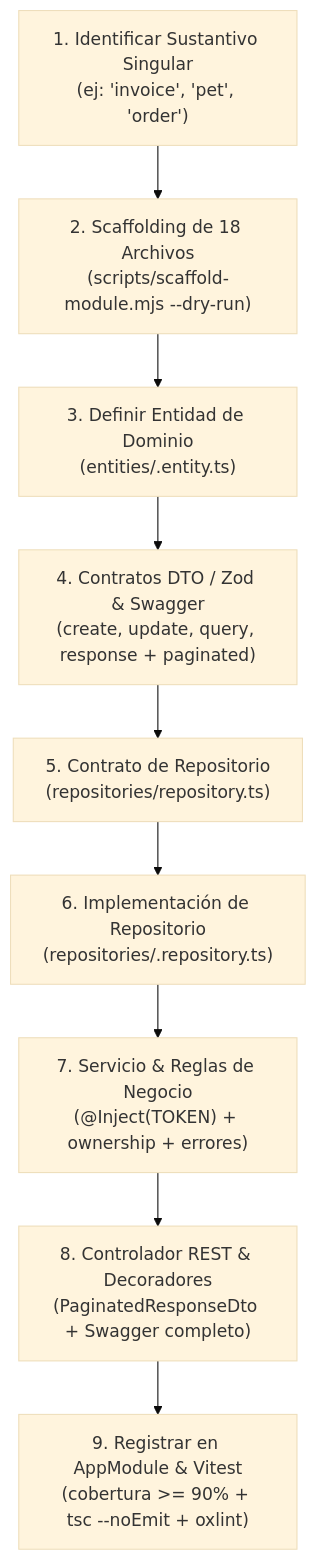
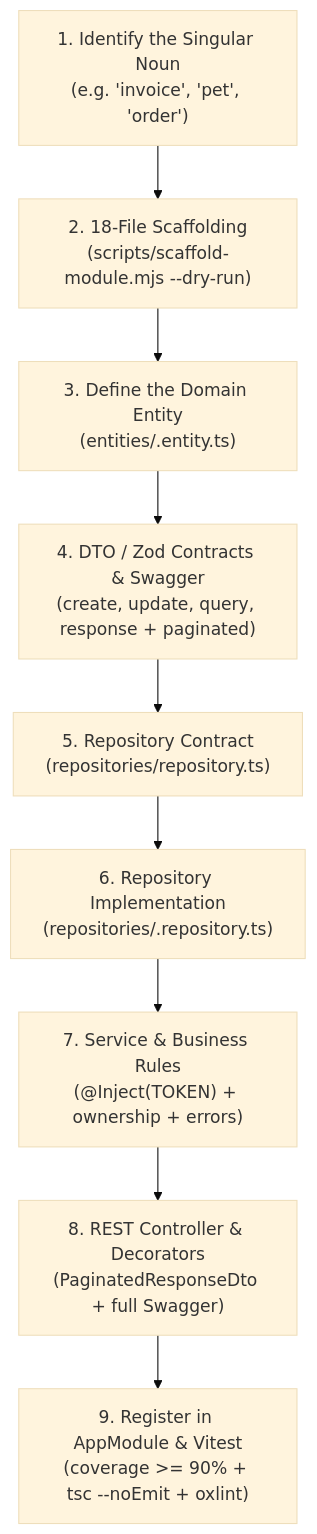
One commit to bryanus1/agent-skills changed the diagram in skills/architecture/nestjs-architecture/SKILL.md. Above: the diagram before and after it, drawn with Mermaid (base theme). The commit also changed other lines of this file and 55 other files, not shown here.

First line of the commit message:
docs(architecture): translate the architecture skills to English (#31)

````diff
--- a/skills/architecture/nestjs-architecture/SKILL.md
+++ b/skills/architecture/nestjs-architecture/SKILL.md
@@ -56,11 +59,11 @@
 ```mermaid
 flowchart TD
-    A["1. Identificar Sustantivo Singular\n(ej: 'invoice', 'pet', 'order')"] --> B["2. Scaffolding de 18 Archivos\n(scripts/scaffold-module.mjs --dry-run)"]
-    B --> C["3. Definir Entidad de Dominio\n(entities/<noun>.entity.ts)"]
-    C --> D["4. Contratos DTO / Zod & Swagger\n(create, update, query, response + paginated)"]
-    D --> E["5. Contrato de Repositorio\n(repositories/repository.ts)"]
-    E --> F["6. Implementación de Repositorio\n(repositories/<noun>.repository.ts)"]
-    F --> G["7. Servicio & Reglas de Negocio\n(@Inject(TOKEN) + ownership + errores)"]
-    G --> H["8. Controlador REST & Decoradores\n(PaginatedResponseDto + Swagger completo)"]
-    H --> I["9. Registrar en AppModule & Vitest\n(cobertura >= 90% + tsc --noEmit + oxlint)"]
+    A["1. Identify the Singular Noun\n(e.g. 'invoice', 'pet', 'order')"] --> B["2. 18-File Scaffolding\n(scripts/scaffold-module.mjs --dry-run)"]
+    B --> C["3. Define the Domain Entity\n(entities/<noun>.entity.ts)"]
+    C --> D["4. DTO / Zod Contracts & Swagger\n(create, update, query, response + paginated)"]
+    D --> E["5. Repository Contract\n(repositories/repository.ts)"]
+    E --> F["6. Repository Implementation\n(repositories/<noun>.repository.ts)"]
+    F --> G["7. Service & Business Rules\n(@Inject(TOKEN) + ownership + errors)"]
+    G --> H["8. REST Controller & Decorators\n(PaginatedResponseDto + full Swagger)"]
+    H --> I["9. Register in AppModule & Vitest\n(coverage >= 90% + tsc --noEmit + oxlint)"]
 ```
````
